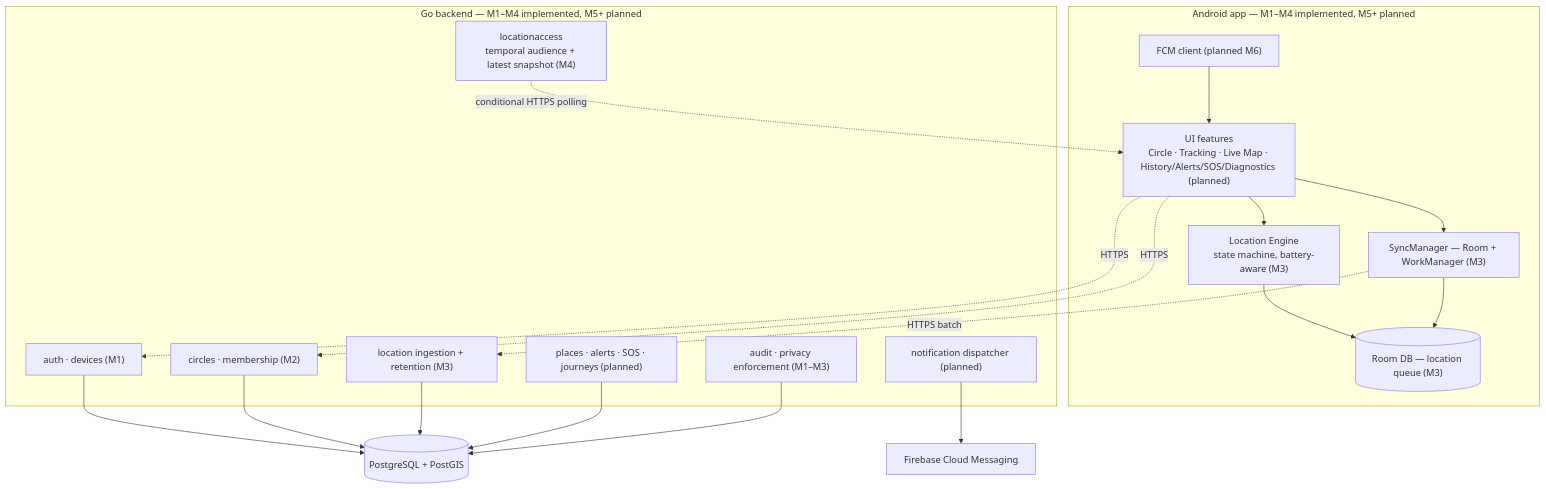
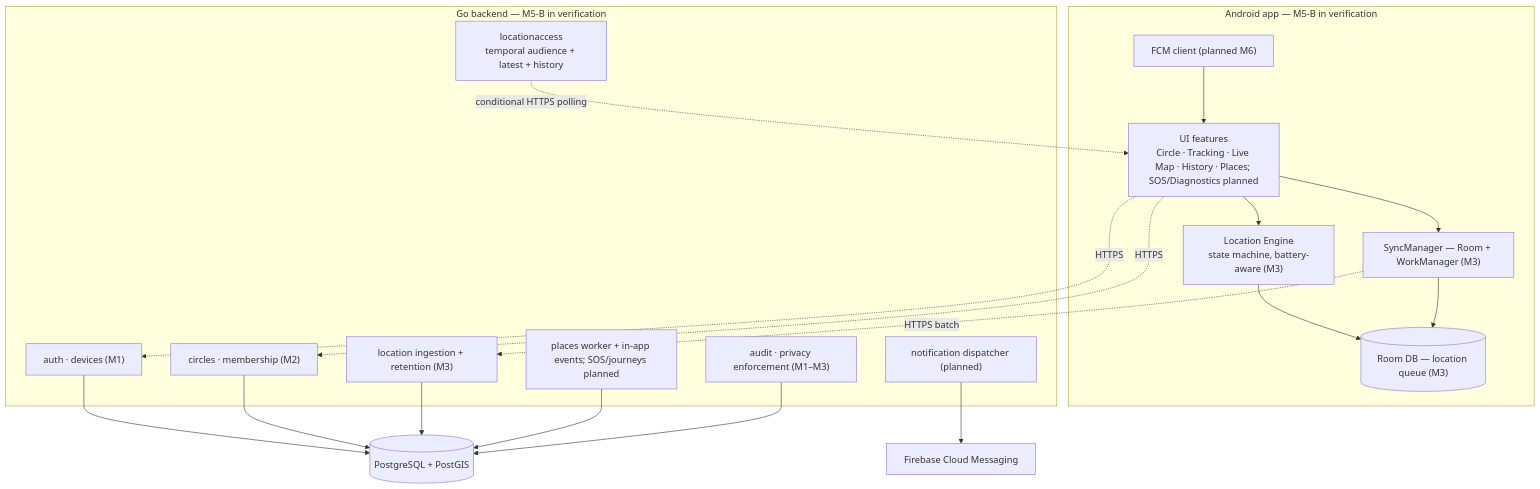
One commit to QuocDuong16/anve changed the second of 5 diagrams in docs/architecture/overview.md. Above: the diagram before and after it, drawn with Mermaid. The commit also changed other lines of this file and 39 other files, not shown here.

````diff
--- a/docs/architecture/overview.md
+++ b/docs/architecture/overview.md
@@ -38,36 +38,36 @@
 ```mermaid
 flowchart TB
-    subgraph androidT["Android app — M1–M4 implemented, M5+ planned"]
-        UIF["UI features<br/>Circle · Tracking · Live Map · History/Alerts/SOS/Diagnostics (planned)"]
+    subgraph androidT["Android app — M5-B in verification"]
+        UIF["UI features<br/>Circle · Tracking · Live Map · History · Places; SOS/Diagnostics planned"]
         LE["Location Engine<br/>state machine, battery-aware (M3)"]
         SYNC["SyncManager — Room + WorkManager (M3)"]
         ROOM[("Room DB — location queue (M3)")]
         FCMC["FCM client (planned M6)"]
     end
-    subgraph serverT["Go backend — M1–M4 implemented, M5+ planned"]
+    subgraph serverT["Go backend — M5-B in verification"]
         AUTH["auth · devices (M1)"]
         CIRC["circles · membership (M2)"]
         ING["location ingestion + retention (M3)"]
-        READ["locationaccess<br/>temporal audience + latest snapshot (M4)"]
-        EVT["places · alerts · SOS · journeys (planned)"]
+        READ["locationaccess<br/>temporal audience + latest + history"]
+        EVT["places worker + in-app events; SOS/journeys planned"]
         NOTIF["notification dispatcher (planned)"]
         AUDIT["audit · privacy enforcement (M1–M3)"]
     end
     PG[("PostgreSQL + PostGIS")]
     FCM["Firebase Cloud Messaging"]
     UIF --> LE
     UIF --> SYNC
     LE --> ROOM
     SYNC --> ROOM
     FCMC --> UIF
     SYNC -. "HTTPS batch" .-> ING
     UIF -. "HTTPS" .-> AUTH
     UIF -. "HTTPS" .-> CIRC
     READ -. "conditional HTTPS polling" .-> UIF
     NOTIF --> FCM
     AUTH --> PG
     CIRC --> PG
     ING --> PG
     EVT --> PG
     AUDIT --> PG
 ```
````
